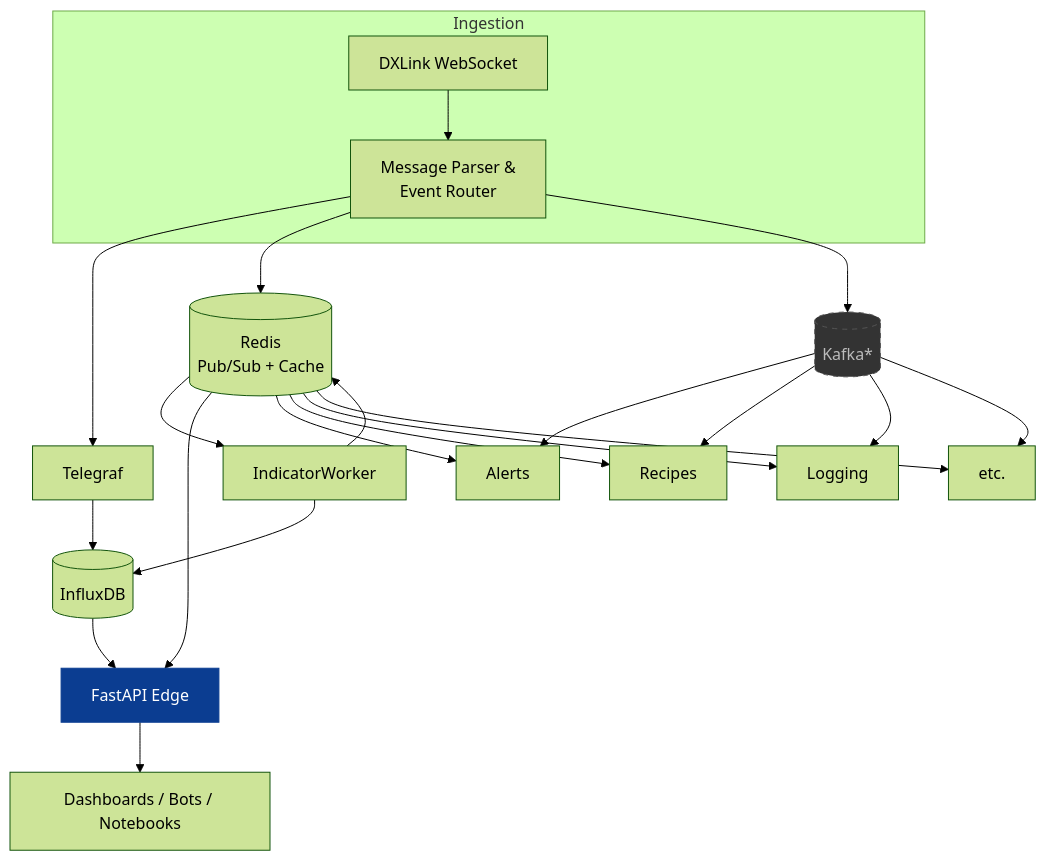
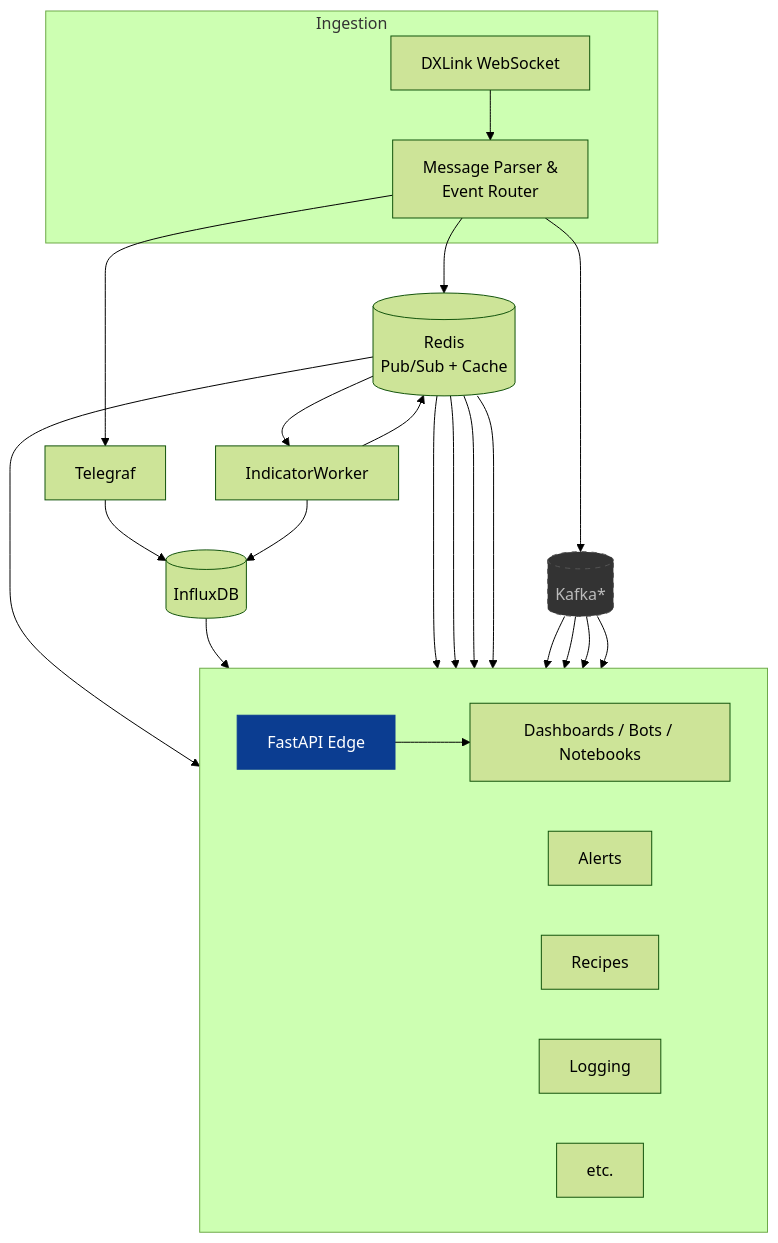
Before and after one commit to xmandeng/tastytrade_sdk: the first of 2 diagrams in README.md, drawn with Mermaid (forest theme).

Commit message:
docs: restore consumer vertical alignment with blank subgraph

````diff
--- a/README.md
+++ b/README.md
@@ -107,46 +107,49 @@
 ```mermaid
 flowchart TB
    %% Ingestion Layer
    subgraph INGEST[Ingestion]
       WS[DXLink WebSocket]
       PARSER[Message Parser &<br/>Event Router]
       WS --> PARSER
    end
 
    %% Core Spine
    PARSER --> TELEGRAF[Telegraf]
    PARSER --> REDIS[(Redis<br/>Pub/Sub + Cache)]
    PARSER --> KAFKA[(Kafka*)]
    TELEGRAF --> INFLUX[(InfluxDB)]
 
    %% Enrichment Worker (loop back)
    REDIS --> WORKER[IndicatorWorker]
    WORKER --> REDIS
    WORKER --> INFLUX
 
    %% Consumer Layer (edge clients + horizontal internal services aligned)
-         FASTAPI[FastAPI Edge]
-         CLIENTS[Dashboards / Bots / Notebooks]
-         %% Horizontal service nodes (no caption boxes)
-         ALERTS[Alerts]
-         RECIPES[Recipes]
-         LOGGING[Logging]
-         ETC[etc.]
+            %% Consumer layer grouped (blank title for alignment w/out caption)
+            subgraph CONSUMER_LAYER[ ]
+               direction LR
+               FASTAPI[FastAPI Edge]
+               CLIENTS[Dashboards / Bots / Notebooks]
+               ALERTS[Alerts]
+               RECIPES[Recipes]
+               LOGGING[Logging]
+               ETC[etc.]
+            end
 
    %% Bus connections
    REDIS --> FASTAPI
    INFLUX --> FASTAPI
    FASTAPI --> CLIENTS
    REDIS --> ALERTS
    REDIS --> RECIPES
    REDIS --> LOGGING
    REDIS --> ETC
    KAFKA --> ALERTS
    KAFKA --> RECIPES
    KAFKA --> LOGGING
    KAFKA --> ETC
 
    classDef opt fill:#333,stroke:#555,color:#bbb,stroke-dasharray:5 5;
    class KAFKA opt;
    style FASTAPI fill:#0b3d91,stroke:#0b3d91,color:#fff
 ```
````
